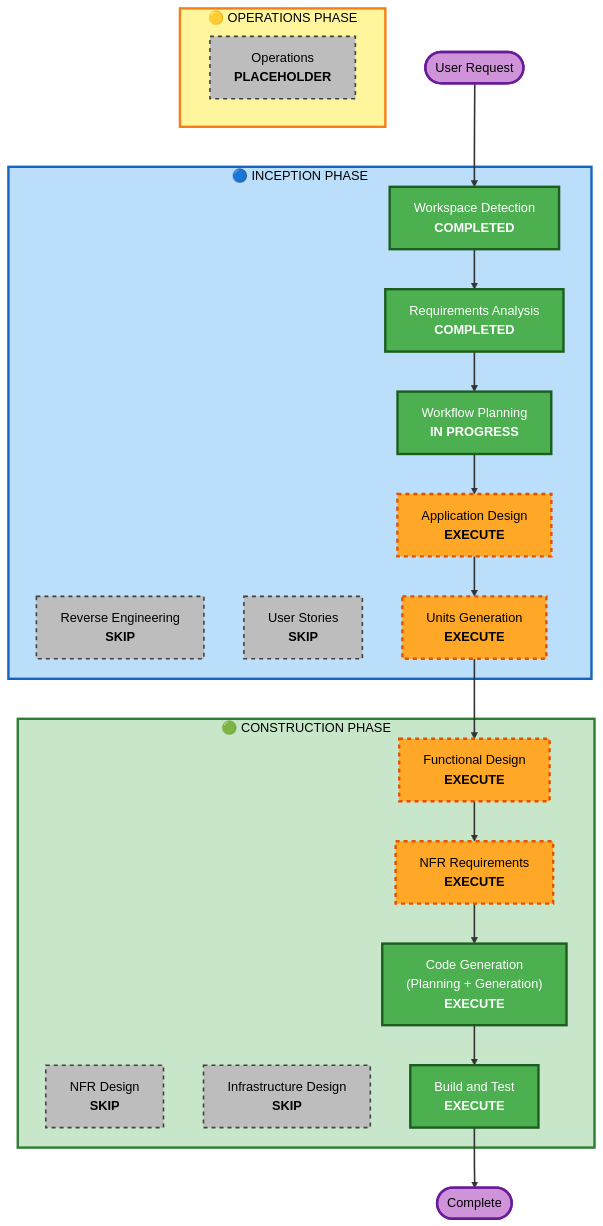
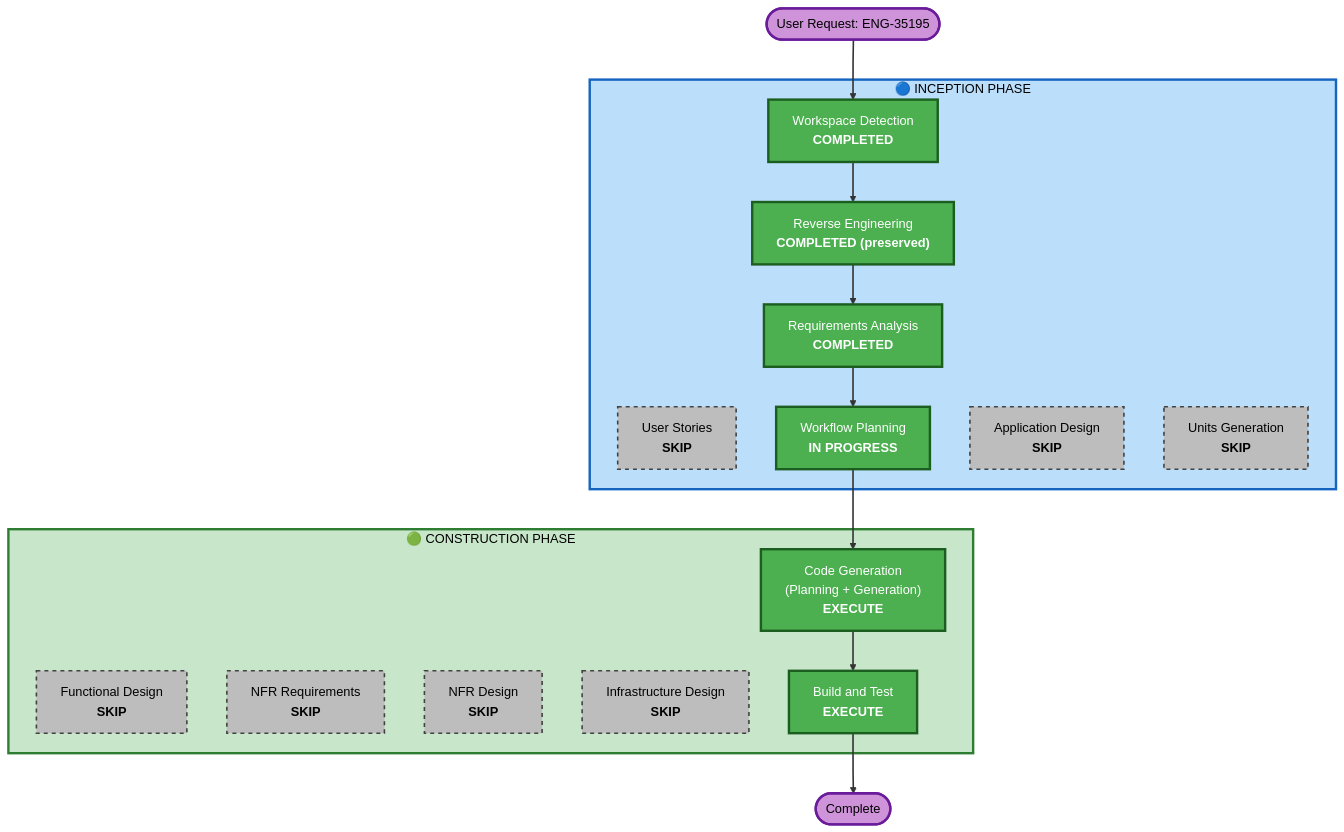
Before and after one commit to ashfaqcometchat/card-renderer: the diagram in aidlc-docs/inception/plans/execution-plan.md, drawn with Mermaid (forest theme). The commit also changed other lines of this file and 455 other files, not shown here.

````diff
--- a/aidlc-docs/inception/plans/execution-plan.md
+++ b/aidlc-docs/inception/plans/execution-plan.md
@@ -19,60 +26,51 @@
 ```mermaid
 flowchart TD
-    Start(["User Request"])
+    Start(["User Request: ENG-35195"])
     
     subgraph INCEPTION["🔵 INCEPTION PHASE"]
         WD["Workspace Detection<br/><b>COMPLETED</b>"]
-        RE["Reverse Engineering<br/><b>SKIP</b>"]
+        RE["Reverse Engineering<br/><b>COMPLETED (preserved)</b>"]
         RA["Requirements Analysis<br/><b>COMPLETED</b>"]
         US["User Stories<br/><b>SKIP</b>"]
         WP["Workflow Planning<br/><b>IN PROGRESS</b>"]
-        AD["Application Design<br/><b>EXECUTE</b>"]
-        UG["Units Generation<br/><b>EXECUTE</b>"]
+        AD["Application Design<br/><b>SKIP</b>"]
+        UG["Units Generation<br/><b>SKIP</b>"]
     end
     
     subgraph CONSTRUCTION["🟢 CONSTRUCTION PHASE"]
-        FD["Functional Design<br/><b>EXECUTE</b>"]
-        NFRA["NFR Requirements<br/><b>EXECUTE</b>"]
+        FD["Functional Design<br/><b>SKIP</b>"]
+        NFRA["NFR Requirements<br/><b>SKIP</b>"]
         NFRD["NFR Design<br/><b>SKIP</b>"]
         ID["Infrastructure Design<br/><b>SKIP</b>"]
         CG["Code Generation<br/>(Planning + Generation)<br/><b>EXECUTE</b>"]
         BT["Build and Test<br/><b>EXECUTE</b>"]
     end
     
-    subgraph OPERATIONS["🟡 OPERATIONS PHASE"]
-        OPS["Operations<br/><b>PLACEHOLDER</b>"]
-    end
-    
     Start --> WD
-    WD --> RA
+    WD --> RE
+    RE --> RA
     RA --> WP
-    WP --> AD
-    AD --> UG
-    UG --> FD
-    FD --> NFRA
-    NFRA --> CG
+    WP --> CG
     CG --> BT
     BT --> End(["Complete"])
     
     style WD fill:#4CAF50,stroke:#1B5E20,stroke-width:3px,color:#fff
+    style RE fill:#4CAF50,stroke:#1B5E20,stroke-width:3px,color:#fff
     style RA fill:#4CAF50,stroke:#1B5E20,stroke-width:3px,color:#fff
     style WP fill:#4CAF50,stroke:#1B5E20,stroke-width:3px,color:#fff
-    style AD fill:#FFA726,stroke:#E65100,stroke-width:3px,stroke-dasharray: 5 5,color:#000
-    style UG fill:#FFA726,stroke:#E65100,stroke-width:3px,stroke-dasharray: 5 5,color:#000
-    style FD fill:#FFA726,stroke:#E65100,stroke-width:3px,stroke-dasharray: 5 5,color:#000
-    style NFRA fill:#FFA726,stroke:#E65100,stroke-width:3px,stroke-dasharray: 5 5,color:#000
+    style CG fill:#4CAF50,stroke:#1B5E20,stroke-width:3px,color:#fff
+    style BT fill:#4CAF50,stroke:#1B5E20,stroke-width:3px,color:#fff
+    style US fill:#BDBDBD,stroke:#424242,stroke-width:2px,stroke-dasharray: 5 5,color:#000
+    style AD fill:#BDBDBD,stroke:#424242,stroke-width:2px,stroke-dasharray: 5 5,color:#000
+    style UG fill:#BDBDBD,stroke:#424242,stroke-width:2px,stroke-dasharray: 5 5,color:#000
+    style FD fill:#BDBDBD,stroke:#424242,stroke-width:2px,stroke-dasharray: 5 5,color:#000
+    style NFRA fill:#BDBDBD,stroke:#424242,stroke-width:2px,stroke-dasharray: 5 5,color:#000
     style NFRD fill:#BDBDBD,stroke:#424242,stroke-width:2px,stroke-dasharray: 5 5,color:#000
     style ID fill:#BDBDBD,stroke:#424242,stroke-width:2px,stroke-dasharray: 5 5,color:#000
-    style RE fill:#BDBDBD,stroke:#424242,stroke-width:2px,stroke-dasharray: 5 5,color:#000
-    style US fill:#BDBDBD,stroke:#424242,stroke-width:2px,stroke-dasharray: 5 5,color:#000
-    style CG fill:#4CAF50,stroke:#1B5E20,stroke-width:3px,color:#fff
-    style BT fill:#4CAF50,stroke:#1B5E20,stroke-width:3px,color:#fff
-    style OPS fill:#BDBDBD,stroke:#424242,stroke-width:2px,stroke-dasharray: 5 5,color:#000
+    style Start fill:#CE93D8,stroke:#6A1B9A,stroke-width:3px,color:#000
+    style End fill:#CE93D8,stroke:#6A1B9A,stroke-width:3px,color:#000
     style INCEPTION fill:#BBDEFB,stroke:#1565C0,stroke-width:3px,color:#000
     style CONSTRUCTION fill:#C8E6C9,stroke:#2E7D32,stroke-width:3px,color:#000
-    style OPERATIONS fill:#FFF59D,stroke:#F57F17,stroke-width:3px,color:#000
-    style Start fill:#CE93D8,stroke:#6A1B9A,stroke-width:3px,color:#000
-    style End fill:#CE93D8,stroke:#6A1B9A,stroke-width:3px,color:#000
     
     linkStyle default stroke:#333,stroke-width:2px
 ```
````
